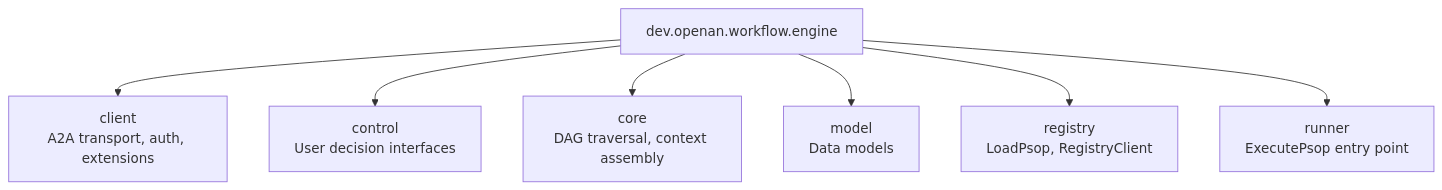
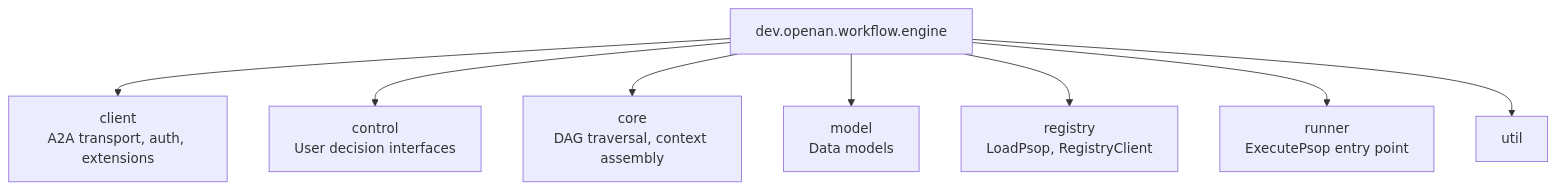
One commit to Zhoujie628/workflow-engine-sdk-java changed the second of 2 diagrams in README.md. Above: the diagram before and after it, drawn with Mermaid. The commit also changed other lines of this file and 14 other files, not shown here.

````diff
--- a/README.md
+++ b/README.md
@@ -121,17 +124,18 @@
 ```mermaid
 graph TD
     root["dev.openan.workflow.engine"]
     client["client<br/>A2A transport, auth, extensions"]
     control["control<br/>User decision interfaces"]
     core["core<br/>DAG traversal, context assembly"]
     model["model<br/>Data models"]
     registry["registry<br/>LoadPsop, RegistryClient"]
     runner["runner<br/>ExecutePsop entry point"]
 
     root --> client
     root --> control
     root --> core
     root --> model
     root --> registry
     root --> runner
+    root --> util
 ```
````
